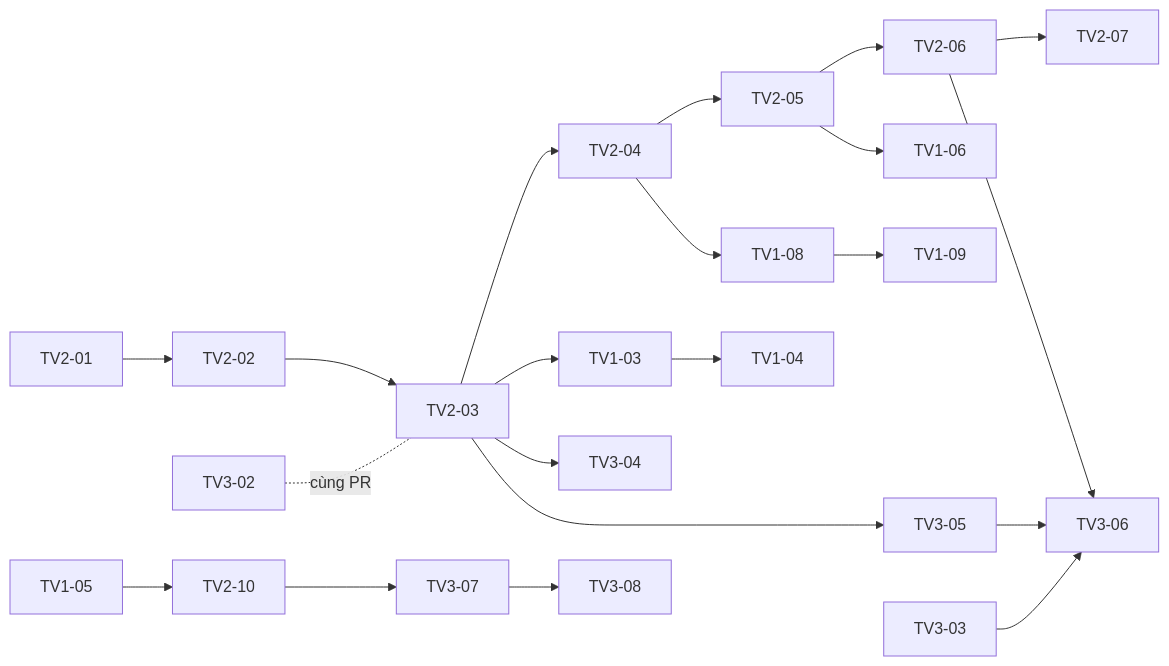
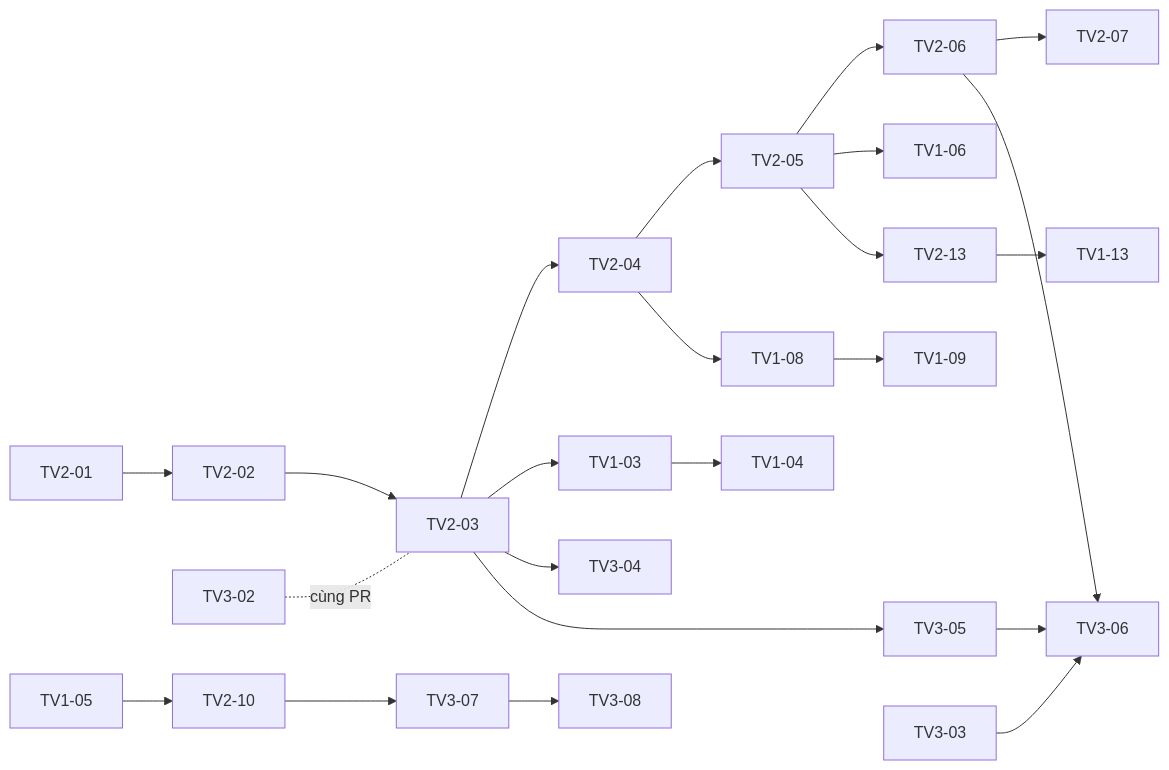
One commit to hoangleviet1031/SE2026-T21 changed the diagram in docs/plan/README.md. Above: the diagram before and after it, drawn with Mermaid. The commit also changed other lines of this file and 7 other files, not shown here.

````diff
--- a/docs/plan/README.md
+++ b/docs/plan/README.md
@@ -76,15 +78,16 @@
 ```mermaid
 flowchart LR
   TV2-01 --> TV2-02 --> TV2-03
   TV3-02 -. cùng PR .- TV2-03
   TV2-03 --> TV2-04 --> TV2-05 --> TV2-06 --> TV2-07
   TV2-03 --> TV1-03 --> TV1-04
   TV2-03 --> TV3-04
   TV2-03 --> TV3-05 --> TV3-06
   TV2-05 --> TV1-06
   TV2-06 --> TV3-06
   TV2-04 --> TV1-08 --> TV1-09
   TV1-05 --> TV2-10
   TV2-10 --> TV3-07 --> TV3-08
+  TV2-05 --> TV2-13 --> TV1-13
   TV3-03 --> TV3-06
 ```
````
